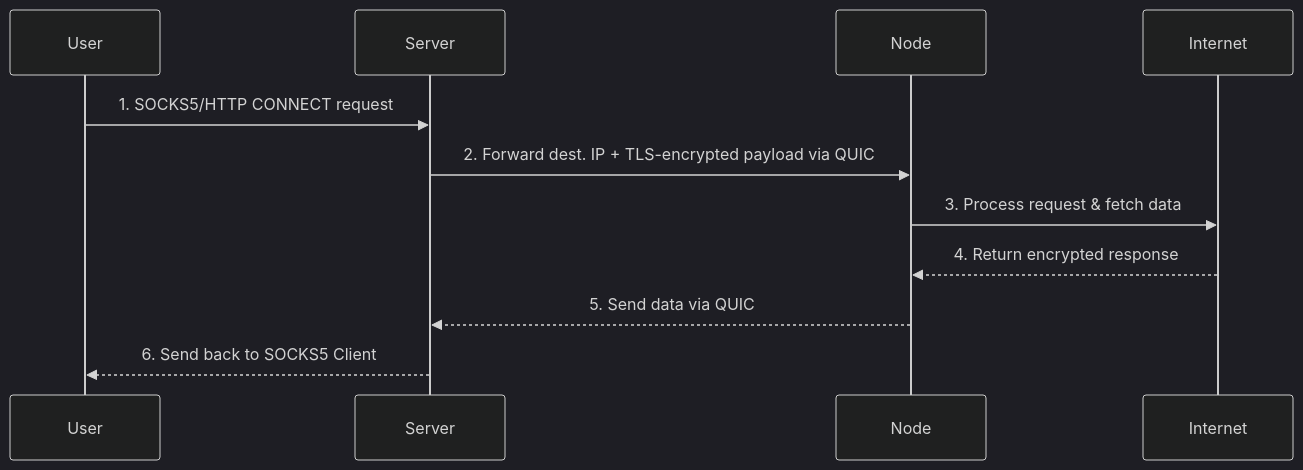
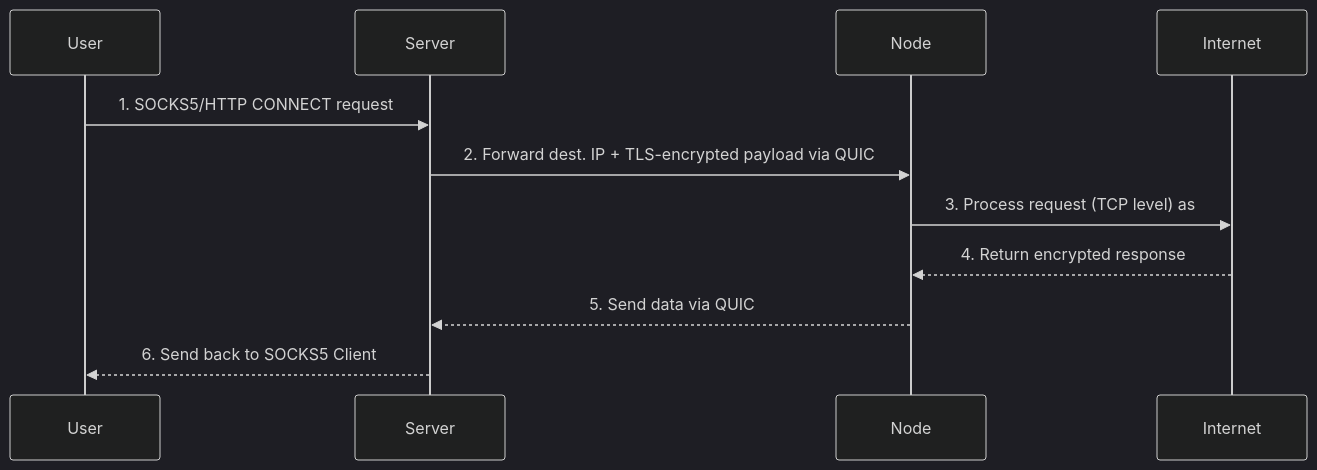
The second of 2 diagrams in README.md (L1shed/Turbo), drawn with Mermaid (dark theme) before and after one commit. The commit also changed other lines of this file and 27 other files, not shown here.

````diff
--- a/README.md
+++ b/README.md
@@ -129,15 +125,15 @@
 ```mermaid
 sequenceDiagram
     participant SOCKS5_Client as User
     participant Proxy_Server as Server
     participant Proxy_Client as Node
     participant Internet as Internet
 
     SOCKS5_Client->>Proxy_Server: 1. SOCKS5/HTTP CONNECT request
     Proxy_Server->>Proxy_Client: 2. Forward dest. IP + TLS-encrypted payload via QUIC 
-    Proxy_Client->>Internet: 3. Process request & fetch data
+    Proxy_Client->>Internet: 3. Process request (TCP level) as 
     
     Internet-->>Proxy_Client: 4. Return encrypted response
     Proxy_Client-->>Proxy_Server: 5. Send data via QUIC
     Proxy_Server-->>SOCKS5_Client: 6. Send back to SOCKS5 Client
 ```
````
